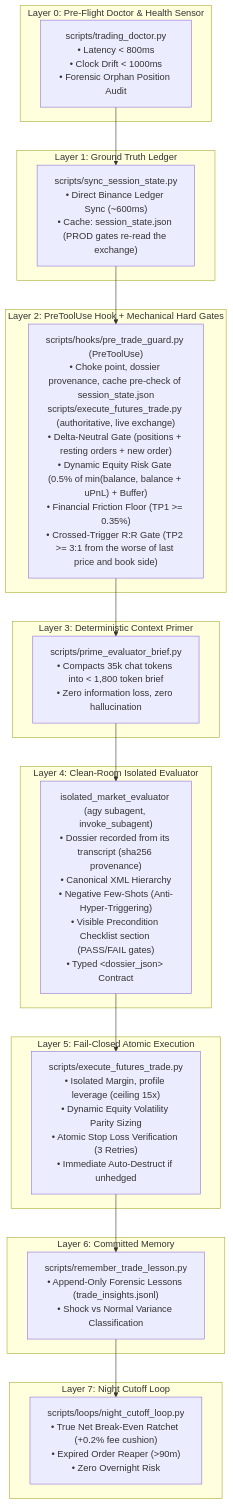
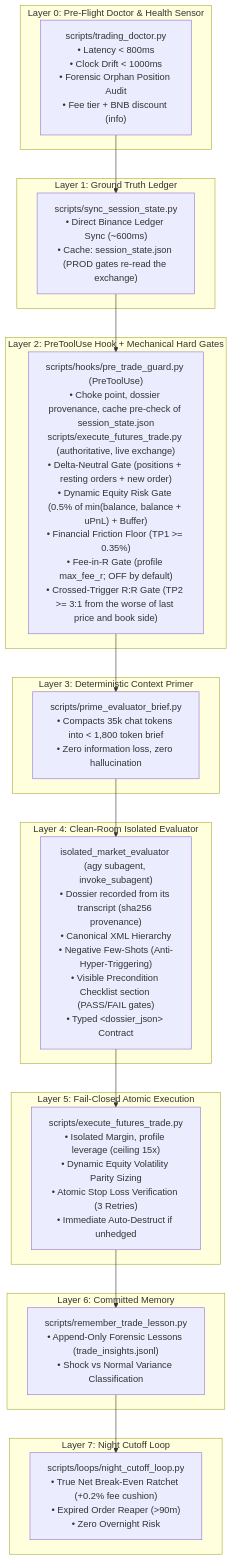
Before and after one commit to IgnacioN99/autonomous-trading-desk: the diagram in README.md, drawn with Mermaid. The commit also changed other lines of this file and 14 other files, not shown here.

First line of the commit message:
feat(fees): measure fees in R per trade, fee-in-R back-test, brief fee_r, gate OFF by default, doctor fee tier (#268)

````diff
--- a/README.md
+++ b/README.md
@@ -27,36 +27,36 @@
 ```mermaid
 graph TD
     subgraph L0 ["Layer 0: Pre-Flight Doctor & Health Sensor"]
-        DOC["scripts/trading_doctor.py<br/>• Latency < 800ms<br/>• Clock Drift < 1000ms<br/>• Forensic Orphan Position Audit"]
+        DOC["scripts/trading_doctor.py<br/>• Latency < 800ms<br/>• Clock Drift < 1000ms<br/>• Forensic Orphan Position Audit<br/>• Fee tier + BNB discount (info)"]
     end
 
     subgraph L1 ["Layer 1: Ground Truth Ledger"]
         SYNC["scripts/sync_session_state.py<br/>• Direct Binance Ledger Sync (~600ms)<br/>• Cache: session_state.json (PROD gates re-read the exchange)"]
     end
 
     subgraph L2 ["Layer 2: PreToolUse Hook + Mechanical Hard Gates"]
-        GATE["scripts/hooks/pre_trade_guard.py (PreToolUse)<br/>• Choke point, dossier provenance, cache pre-check of session_state.json<br/>scripts/execute_futures_trade.py (authoritative, live exchange)<br/>• Delta-Neutral Gate (positions + resting orders + new order)<br/>• Dynamic Equity Risk Gate (0.5% of min(balance, balance + uPnL) + Buffer)<br/>• Financial Friction Floor (TP1 >= 0.35%)<br/>• Crossed-Trigger R:R Gate (TP2 >= 3:1 from the worse of last price and book side)"]
+        GATE["scripts/hooks/pre_trade_guard.py (PreToolUse)<br/>• Choke point, dossier provenance, cache pre-check of session_state.json<br/>scripts/execute_futures_trade.py (authoritative, live exchange)<br/>• Delta-Neutral Gate (positions + resting orders + new order)<br/>• Dynamic Equity Risk Gate (0.5% of min(balance, balance + uPnL) + Buffer)<br/>• Financial Friction Floor (TP1 >= 0.35%)<br/>• Fee-in-R Gate (profile max_fee_r; OFF by default)<br/>• Crossed-Trigger R:R Gate (TP2 >= 3:1 from the worse of last price and book side)"]
     end
 
     subgraph L3 ["Layer 3: Deterministic Context Primer"]
         BRIEF["scripts/prime_evaluator_brief.py<br/>• Compacts 35k chat tokens into &lt; 1,800 token brief<br/>• Zero information loss, zero hallucination"]
     end
 
     subgraph L4 ["Layer 4: Clean-Room Isolated Evaluator"]
         EVAL["isolated_market_evaluator (agy subagent, invoke_subagent)<br/>• Dossier recorded from its transcript (sha256 provenance)<br/>• Canonical XML Hierarchy<br/>• Negative Few-Shots (Anti-Hyper-Triggering)<br/>• Visible Precondition Checklist section (PASS/FAIL gates)<br/>• Typed &lt;dossier_json&gt; Contract"]
     end
 
     subgraph L5 ["Layer 5: Fail-Closed Atomic Execution"]
         EXEC["scripts/execute_futures_trade.py<br/>• Isolated Margin, profile leverage (ceiling 15x)<br/>• Dynamic Equity Volatility Parity Sizing<br/>• Atomic Stop Loss Verification (3 Retries)<br/>• Immediate Auto-Destruct if unhedged"]
     end
 
     subgraph L6 ["Layer 6: Committed Memory"]
         MEM["scripts/remember_trade_lesson.py<br/>• Append-Only Forensic Lessons (trade_insights.jsonl)<br/>• Shock vs Normal Variance Classification"]
     end
 
     subgraph L7 ["Layer 7: Night Cutoff Loop"]
         LOOP["scripts/loops/night_cutoff_loop.py<br/>• True Net Break-Even Ratchet (+0.2% fee cushion)<br/>• Expired Order Reaper (>90m)<br/>• Zero Overnight Risk"]
     end
 
     DOC --> SYNC --> GATE --> BRIEF --> EVAL --> EXEC --> MEM --> LOOP
 ```
````
